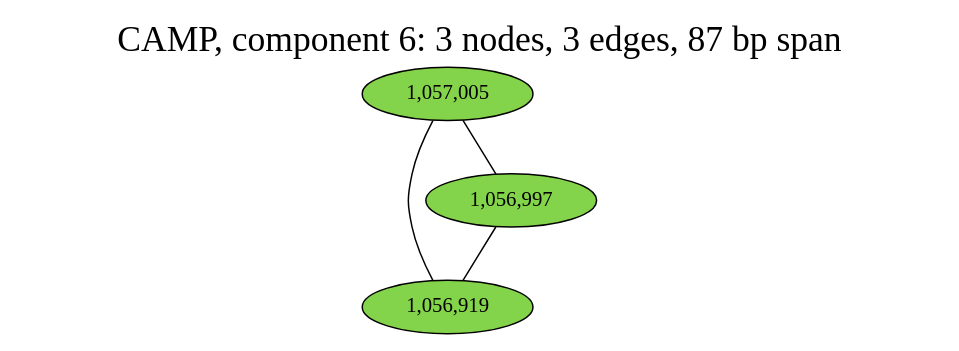
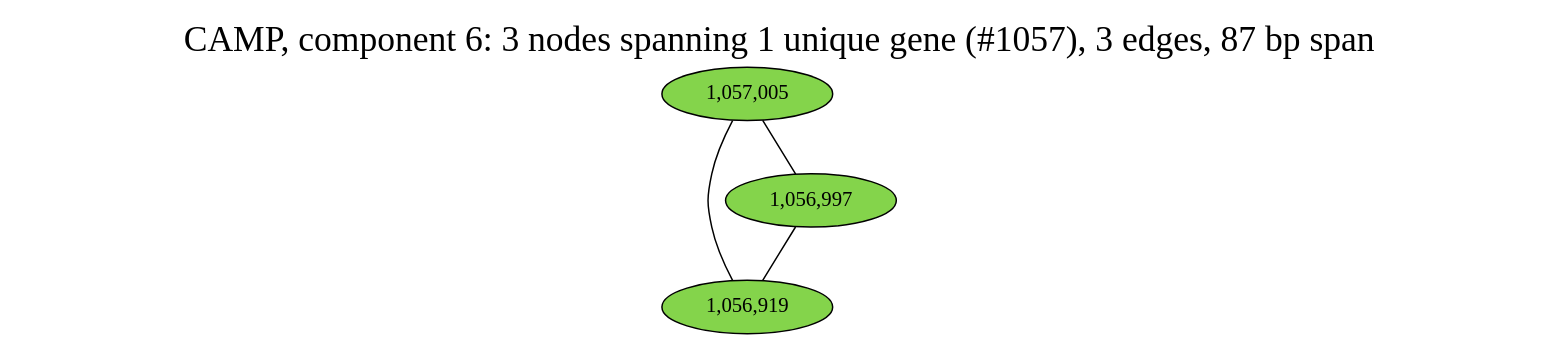
One commit to fedarko/sheepgut changed the diagram in notebooks/graphs/CAMP_cc6.gv. Above: the diagram before and after it, drawn with Graphviz. The commit also changed 63 other files, not shown here.

Commit message:
gene info in graph labels!

```diff
--- a/notebooks/graphs/CAMP_cc6.gv
+++ b/notebooks/graphs/CAMP_cc6.gv
@@ -1,14 +1,14 @@
 graph CAMP_cc6 {
 	overlap="prism50";
 	outputorder="edgesfirst";
 	node [style="filled"];
-	label="CAMP, component 6: 3 nodes, 3 edges, 87 bp span";
+	label="CAMP, component 6: 3 nodes spanning 1 unique gene (#1057), 3 edges, 87 bp span";
 	labelloc="t";
 	fontsize=24;
 	"1,056,919" [fillcolor="#84d44b", fontcolor="#000000"];
 	"1,056,997" [fillcolor="#84d44b", fontcolor="#000000"];
 	"1,057,005" [fillcolor="#84d44b", fontcolor="#000000"];
 	"1,057,005" -- "1,056,919";
 	"1,057,005" -- "1,056,997";
 	"1,056,997" -- "1,056,919";
 }
```
